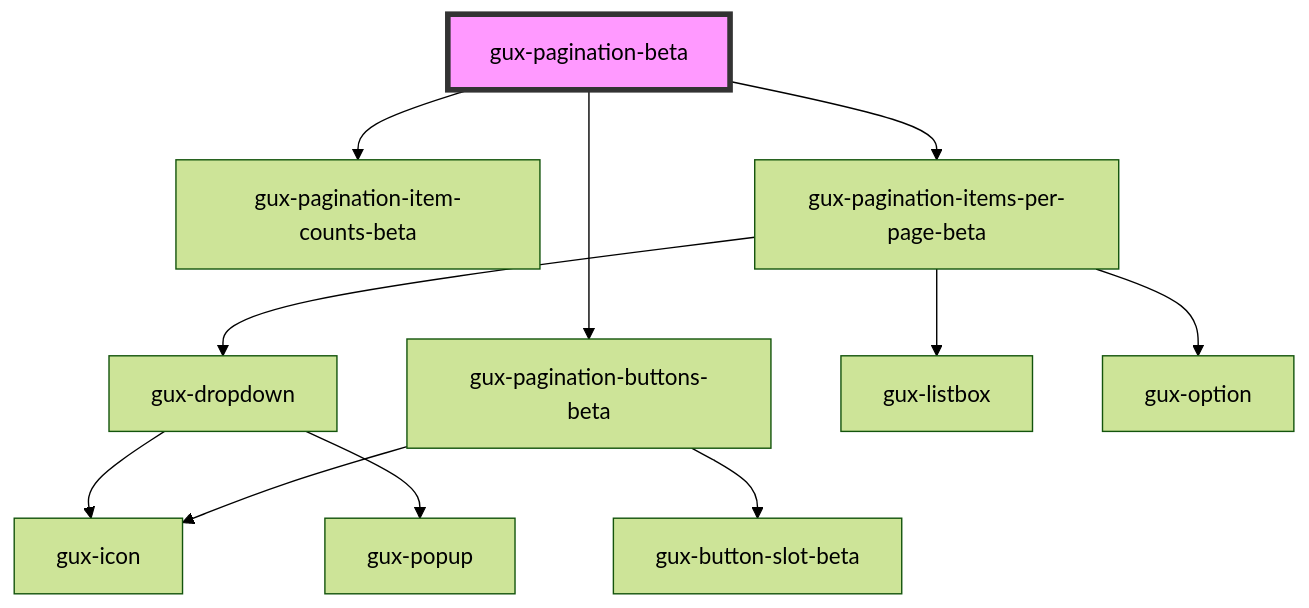
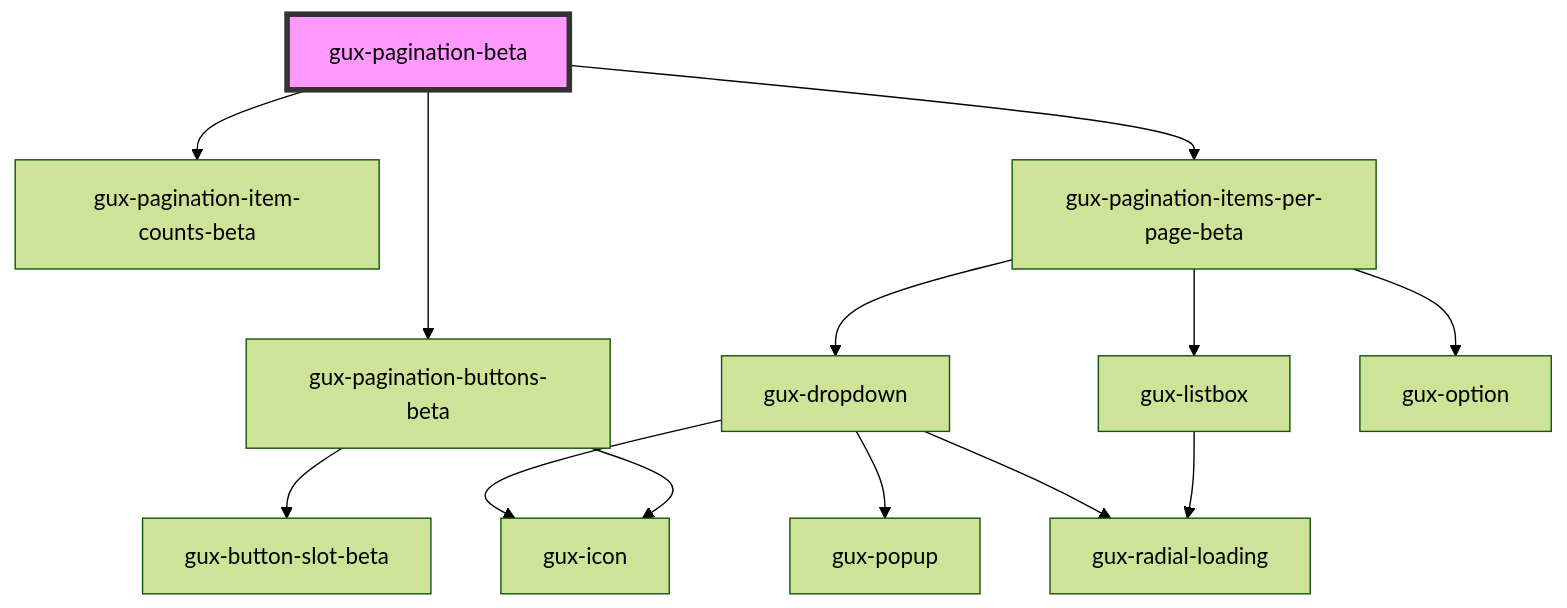
The diagram in src/components/beta/gux-pagination-beta/readme.md (MyPureCloud/genesys-spark), drawn with Mermaid (forest theme) before and after one commit. The commit also changed 20 other files, not shown here.

First line of the commit message:
feat(dropdown): added loading state

````diff
--- a/src/components/beta/gux-pagination-beta/readme.md
+++ b/src/components/beta/gux-pagination-beta/readme.md
@@ -41,14 +41,16 @@
 ```mermaid
 graph TD;
   gux-pagination-beta --> gux-pagination-item-counts-beta
   gux-pagination-beta --> gux-pagination-items-per-page-beta
   gux-pagination-beta --> gux-pagination-buttons-beta
   gux-pagination-items-per-page-beta --> gux-dropdown
   gux-pagination-items-per-page-beta --> gux-listbox
   gux-pagination-items-per-page-beta --> gux-option
   gux-dropdown --> gux-icon
+  gux-dropdown --> gux-radial-loading
   gux-dropdown --> gux-popup
+  gux-listbox --> gux-radial-loading
   gux-pagination-buttons-beta --> gux-button-slot-beta
   gux-pagination-buttons-beta --> gux-icon
   style gux-pagination-beta fill:#f9f,stroke:#333,stroke-width:4px
 ```
````
